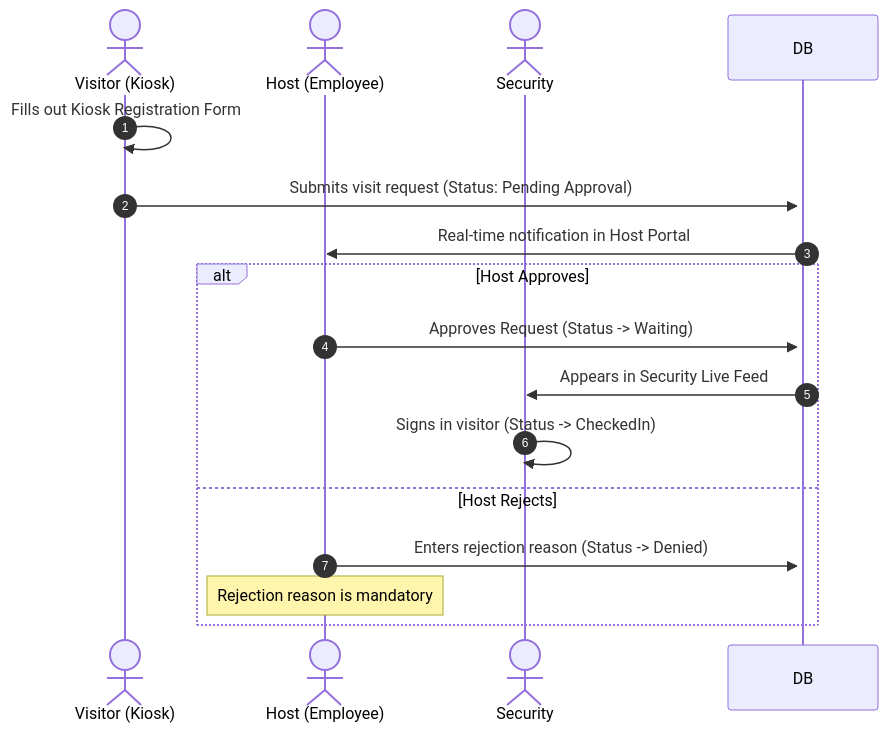
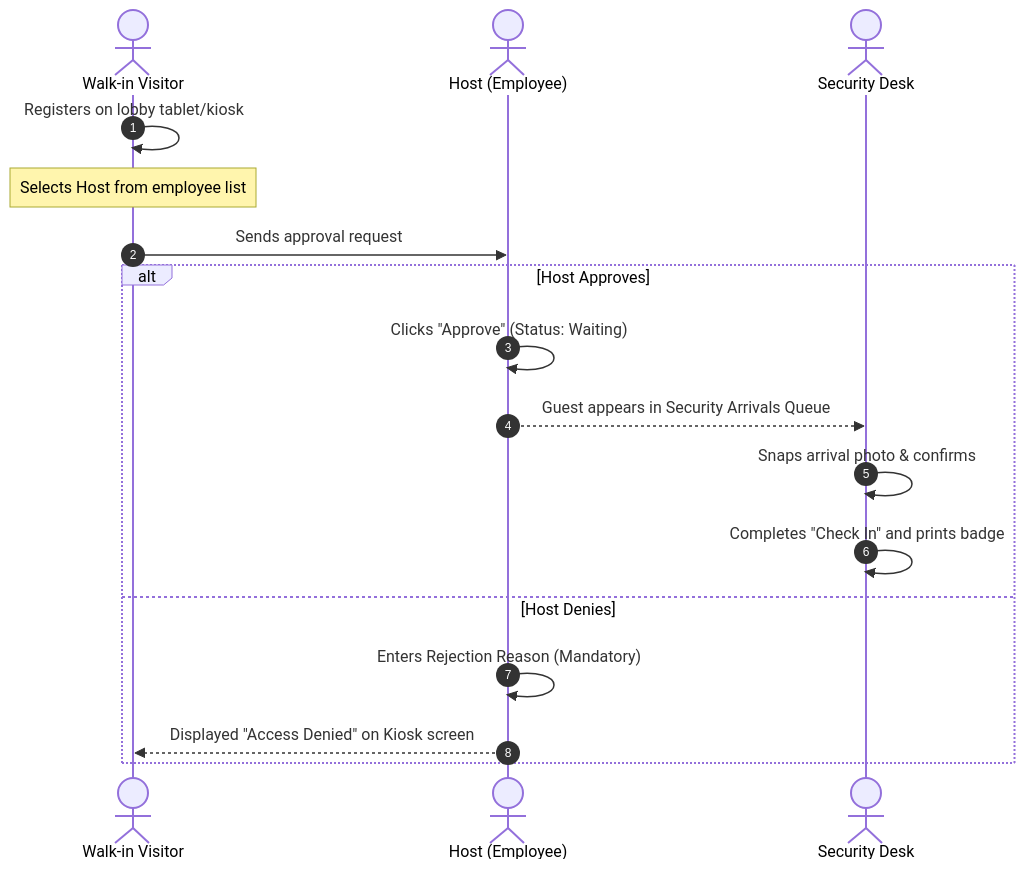
The third of 4 diagrams in VMS_PRD.md (Loomishotel/VMS_1.0), drawn with Mermaid before and after one commit. The commit also changed other lines of this file and 2 other files, not shown here.

Commit message:
feat: enforce validation for name, email, and phone fields in employee and visitor registration forms

````diff
--- a/VMS_PRD.md
+++ b/VMS_PRD.md
@@ -135,19 +105,20 @@
 ```mermaid
 sequenceDiagram
     autonumber
-    actor V as Visitor (Kiosk)
-    actor H as Host (Employee)
-    actor S as Security
+    actor Visitor as Walk-in Visitor
+    actor Host as Host (Employee)
+    actor Security as Security Desk
     
-    V->>V: Fills out Kiosk Registration Form
-    V->>+DB: Submits visit request (Status: Pending Approval)
-    DB->>H: Real-time notification in Host Portal
+    Visitor->>Visitor: Registers on lobby tablet/kiosk
+    Note over Visitor: Selects Host from employee list
+    Visitor->>Host: Sends approval request
     alt Host Approves
-        H->>DB: Approves Request (Status -> Waiting)
-        DB->>S: Appears in Security Live Feed
-        S->>S: Signs in visitor (Status -> CheckedIn)
-    else Host Rejects
-        H->>DB: Enters rejection reason (Status -> Denied)
-        Note over H: Rejection reason is mandatory
+        Host->>Host: Clicks "Approve" (Status: Waiting)
+        Host-->>Security: Guest appears in Security Arrivals Queue
+        Security->>Security: Snaps arrival photo & confirms
+        Security->>Security: Completes "Check In" and prints badge
+    else Host Denies
+        Host->>Host: Enters Rejection Reason (Mandatory)
+        Host-->>Visitor: Displayed "Access Denied" on Kiosk screen
     end
 ```
````
